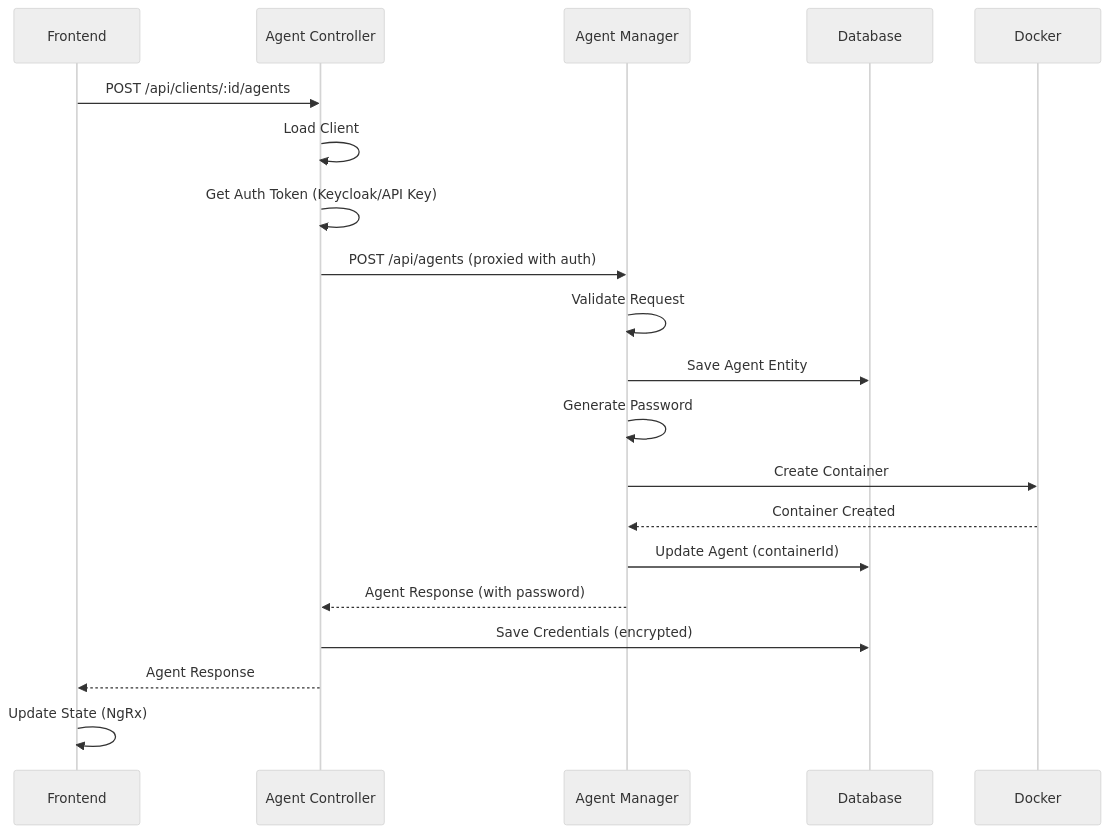
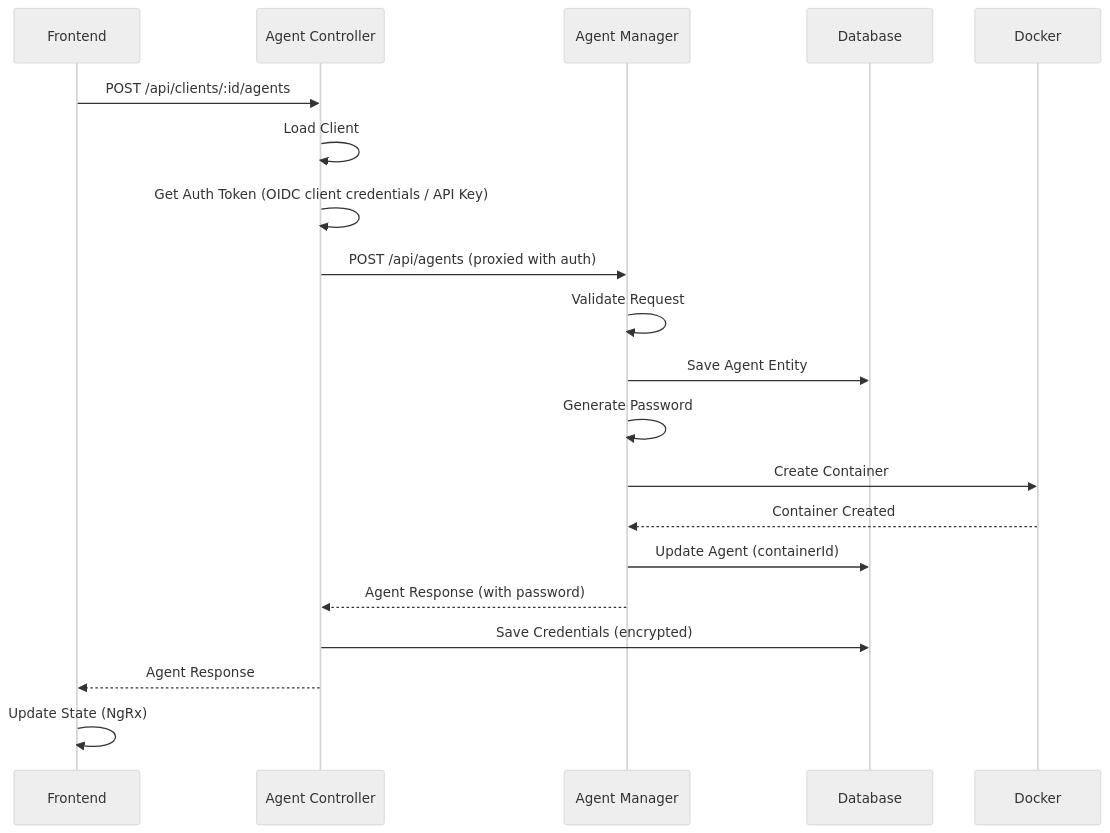
Before and after one commit to forepath/one: the second of 13 diagrams in docs/agenstra/architecture/data-flow.md, drawn with Mermaid (neutral theme). The commit also changed 402 other files, not shown here.

````diff
--- a/docs/agenstra/architecture/data-flow.md
+++ b/docs/agenstra/architecture/data-flow.md
@@ -26,23 +26,23 @@
 ```mermaid
 sequenceDiagram
     participant F as Frontend
     participant AC as Agent Controller
     participant AM as Agent Manager
     participant DB as Database
     participant D as Docker
 
     F->>AC: POST /api/clients/:id/agents
     AC->>AC: Load Client
-    AC->>AC: Get Auth Token (Keycloak/API Key)
+    AC->>AC: Get Auth Token (OIDC client credentials / API Key)
     AC->>AM: POST /api/agents (proxied with auth)
     AM->>AM: Validate Request
     AM->>DB: Save Agent Entity
     AM->>AM: Generate Password
     AM->>D: Create Container
     D-->>AM: Container Created
     AM->>DB: Update Agent (containerId)
     AM-->>AC: Agent Response (with password)
     AC->>DB: Save Credentials (encrypted)
     AC-->>F: Agent Response
     F->>F: Update State (NgRx)
 ```
````
